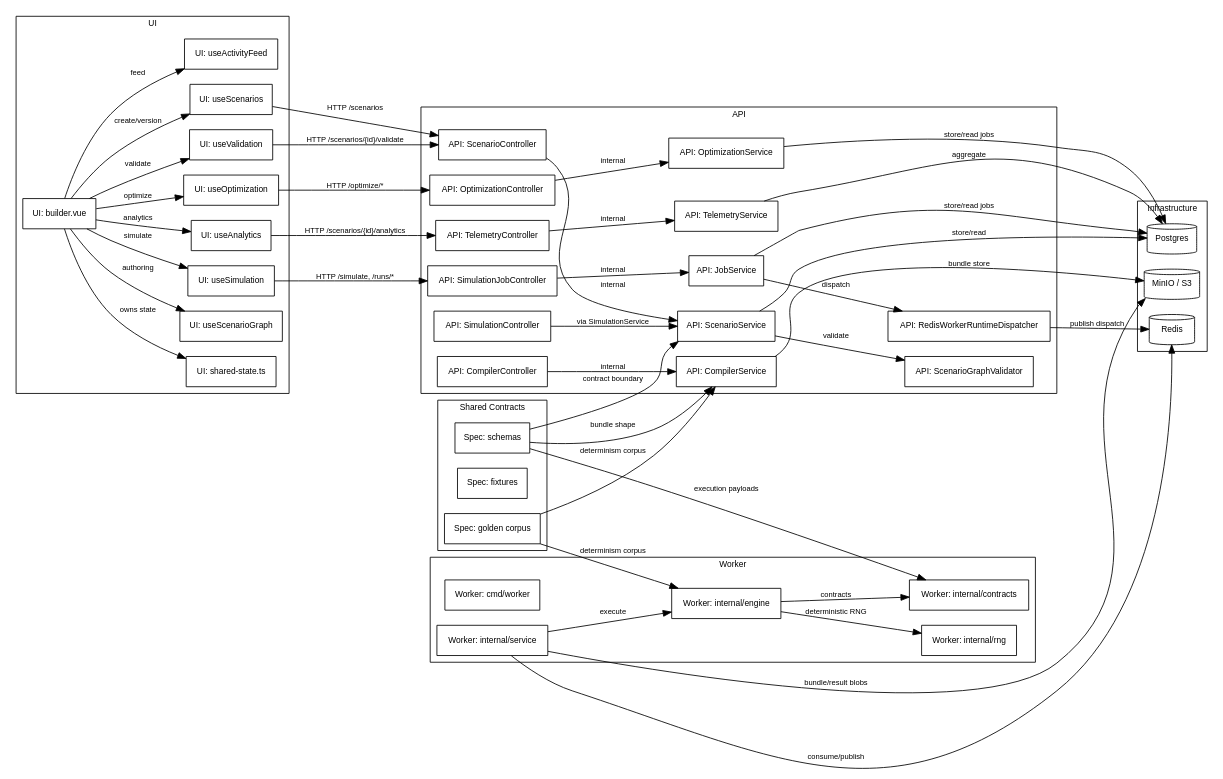
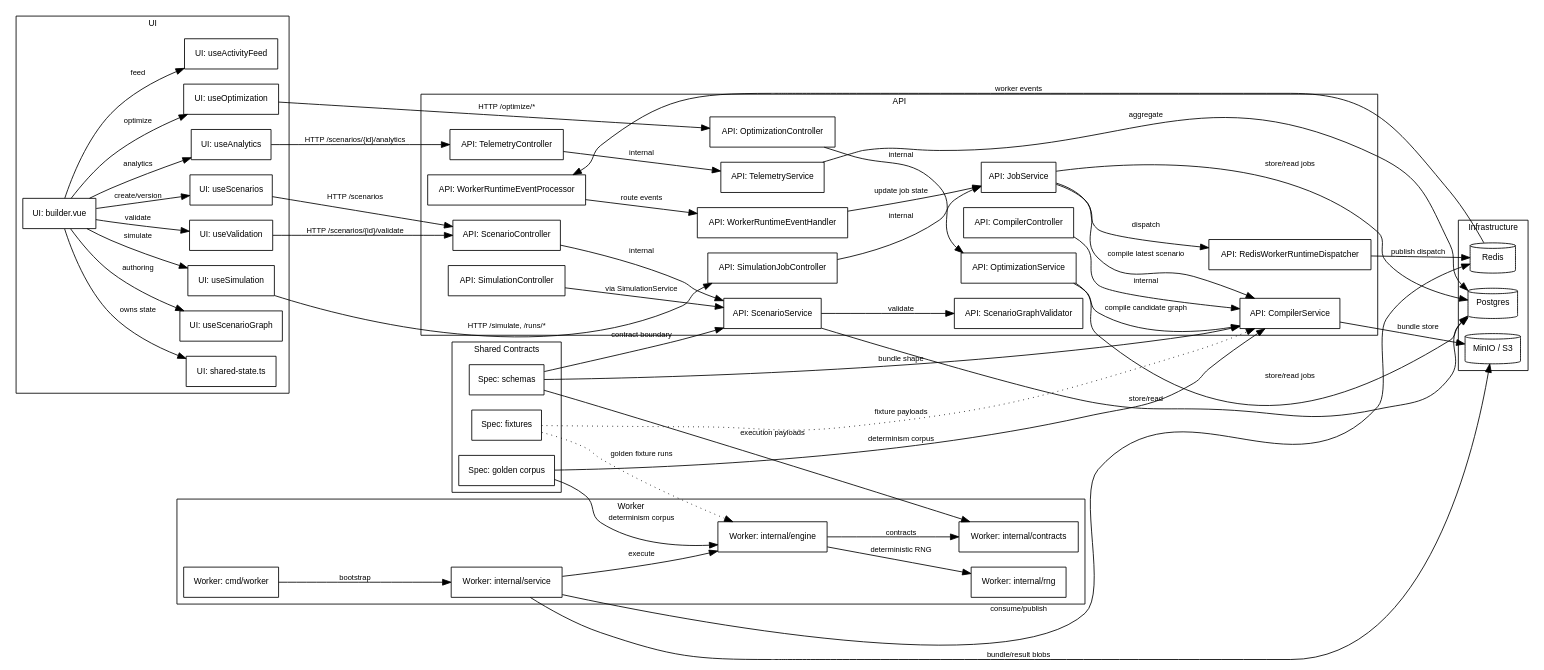
The diagram in docs/architecture/knowledge-graph.dot (danagbemava/athanor), drawn with Graphviz before and after one commit. The commit also changed 1 other file, not shown here.

Commit message:
Refine structural knowledge graph relationships

```diff
--- a/docs/architecture/knowledge-graph.dot
+++ b/docs/architecture/knowledge-graph.dot
@@ -1,101 +1,111 @@
 digraph athanor_knowledge_graph {
   rankdir=LR;
   graph [fontsize=10, fontname="Helvetica", compound=true];
   node [shape=box, fontsize=10, fontname="Helvetica"];
   edge [fontsize=9, fontname="Helvetica"];
 
   subgraph cluster_ui {
     label="UI";
     builder [label="UI: builder.vue"];
     shared_state [label="UI: shared-state.ts"];
     use_graph [label="UI: useScenarioGraph"];
     use_validation [label="UI: useValidation"];
     use_scenarios [label="UI: useScenarios"];
     use_simulation [label="UI: useSimulation"];
     use_optimization [label="UI: useOptimization"];
     use_analytics [label="UI: useAnalytics"];
     use_activity [label="UI: useActivityFeed"];
   }
 
   subgraph cluster_api {
     label="API";
     scenario_controller [label="API: ScenarioController"];
     scenario_service [label="API: ScenarioService"];
     graph_validator [label="API: ScenarioGraphValidator"];
     compiler_controller [label="API: CompilerController"];
     compiler_service [label="API: CompilerService"];
     simulation_controller [label="API: SimulationController"];
     simulation_job_controller [label="API: SimulationJobController"];
     job_service [label="API: JobService"];
+    worker_runtime_event_processor [label="API: WorkerRuntimeEventProcessor"];
+    worker_runtime_event_handler [label="API: WorkerRuntimeEventHandler"];
     optimization_controller [label="API: OptimizationController"];
     optimization_service [label="API: OptimizationService"];
     telemetry_controller [label="API: TelemetryController"];
     telemetry_service [label="API: TelemetryService"];
     redis_dispatcher [label="API: RedisWorkerRuntimeDispatcher"];
   }
 
   subgraph cluster_worker {
     label="Worker";
     worker_entry [label="Worker: cmd/worker"];
     worker_runtime [label="Worker: internal/service"];
     worker_engine [label="Worker: internal/engine"];
     worker_contracts [label="Worker: internal/contracts"];
     worker_rng [label="Worker: internal/rng"];
   }
 
   subgraph cluster_spec {
     label="Shared Contracts";
     spec_schemas [label="Spec: schemas"];
     spec_fixtures [label="Spec: fixtures"];
     spec_golden [label="Spec: golden corpus"];
   }
 
   subgraph cluster_infra {
     label="Infrastructure";
     postgres [label="Postgres", shape=cylinder];
     redis [label="Redis", shape=cylinder];
     minio [label="MinIO / S3", shape=cylinder];
   }
 
   builder -> shared_state [label="owns state"];
   builder -> use_graph [label="authoring"];
   builder -> use_validation [label="validate"];
   builder -> use_scenarios [label="create/version"];
   builder -> use_simulation [label="simulate"];
   builder -> use_optimization [label="optimize"];
   builder -> use_analytics [label="analytics"];
   builder -> use_activity [label="feed"];
 
   use_scenarios -> scenario_controller [label="HTTP /scenarios"];
   use_validation -> scenario_controller [label="HTTP /scenarios/{id}/validate"];
   use_simulation -> simulation_job_controller [label="HTTP /simulate, /runs/*"];
   use_optimization -> optimization_controller [label="HTTP /optimize/*"];
   use_analytics -> telemetry_controller [label="HTTP /scenarios/{id}/analytics"];
 
   scenario_controller -> scenario_service [label="internal"];
   scenario_service -> graph_validator [label="validate"];
   compiler_controller -> compiler_service [label="internal"];
+  job_service -> compiler_service [label="compile latest scenario"];
+  optimization_service -> compiler_service [label="compile candidate graph"];
   simulation_controller -> scenario_service [label="via SimulationService"];
   simulation_job_controller -> job_service [label="internal"];
   optimization_controller -> optimization_service [label="internal"];
   telemetry_controller -> telemetry_service [label="internal"];
   job_service -> redis_dispatcher [label="dispatch"];
+  worker_entry -> worker_runtime [label="bootstrap"];
 
   scenario_service -> postgres [label="store/read"];
   job_service -> postgres [label="store/read jobs"];
   optimization_service -> postgres [label="store/read jobs"];
   telemetry_service -> postgres [label="aggregate"];
   compiler_service -> minio [label="bundle store"];
   redis_dispatcher -> redis [label="publish dispatch"];
   worker_runtime -> redis [label="consume/publish"];
   worker_runtime -> minio [label="bundle/result blobs"];
   worker_runtime -> worker_engine [label="execute"];
+  redis -> worker_runtime_event_processor [label="worker events"];
+  worker_runtime_event_processor -> worker_runtime_event_handler [label="route events"];
+  worker_runtime_event_handler -> job_service [label="update job state"];
   worker_engine -> worker_contracts [label="contracts"];
   worker_engine -> worker_rng [label="deterministic RNG"];
 
   spec_schemas -> scenario_service [label="contract boundary"];
   spec_schemas -> compiler_service [label="bundle shape"];
   spec_schemas -> worker_contracts [label="execution payloads"];
+  spec_fixtures -> compiler_service [style=dotted, label="fixture payloads"];
+  spec_fixtures -> worker_engine [style=dotted, label="golden fixture runs"];
   spec_golden -> compiler_service [label="determinism corpus"];
   spec_golden -> worker_engine [label="determinism corpus"];
 }
```
